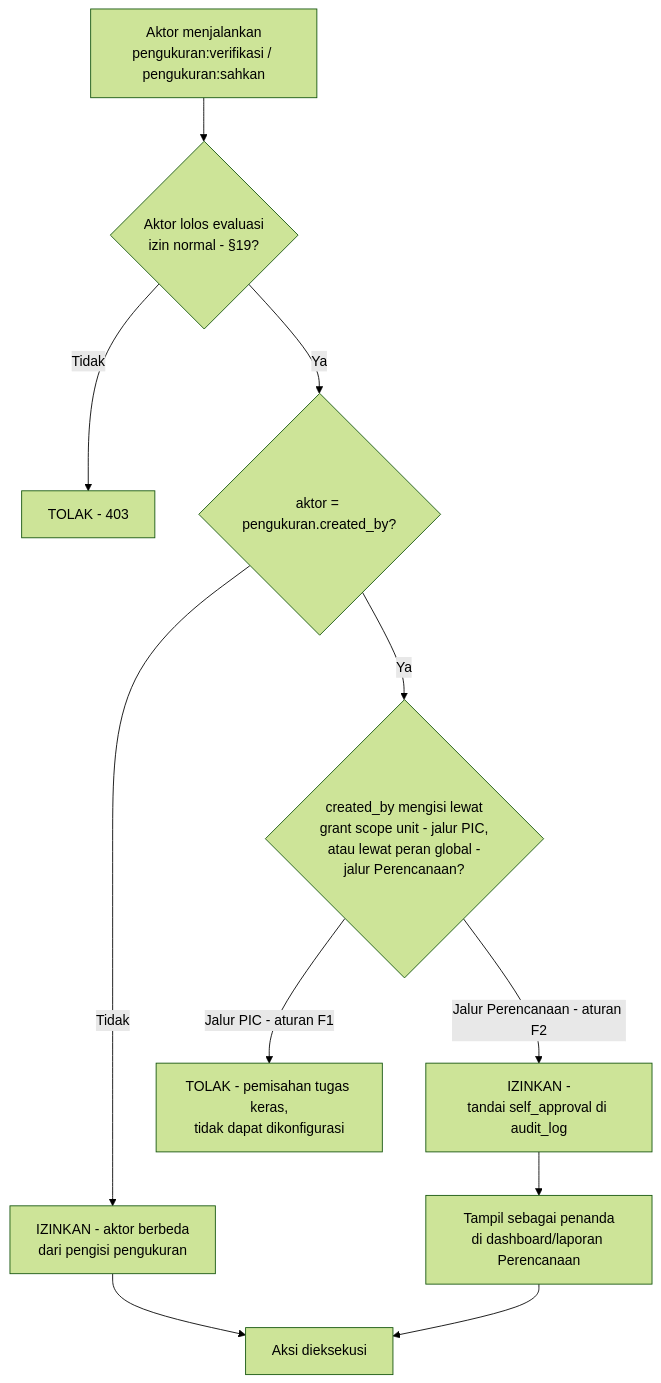
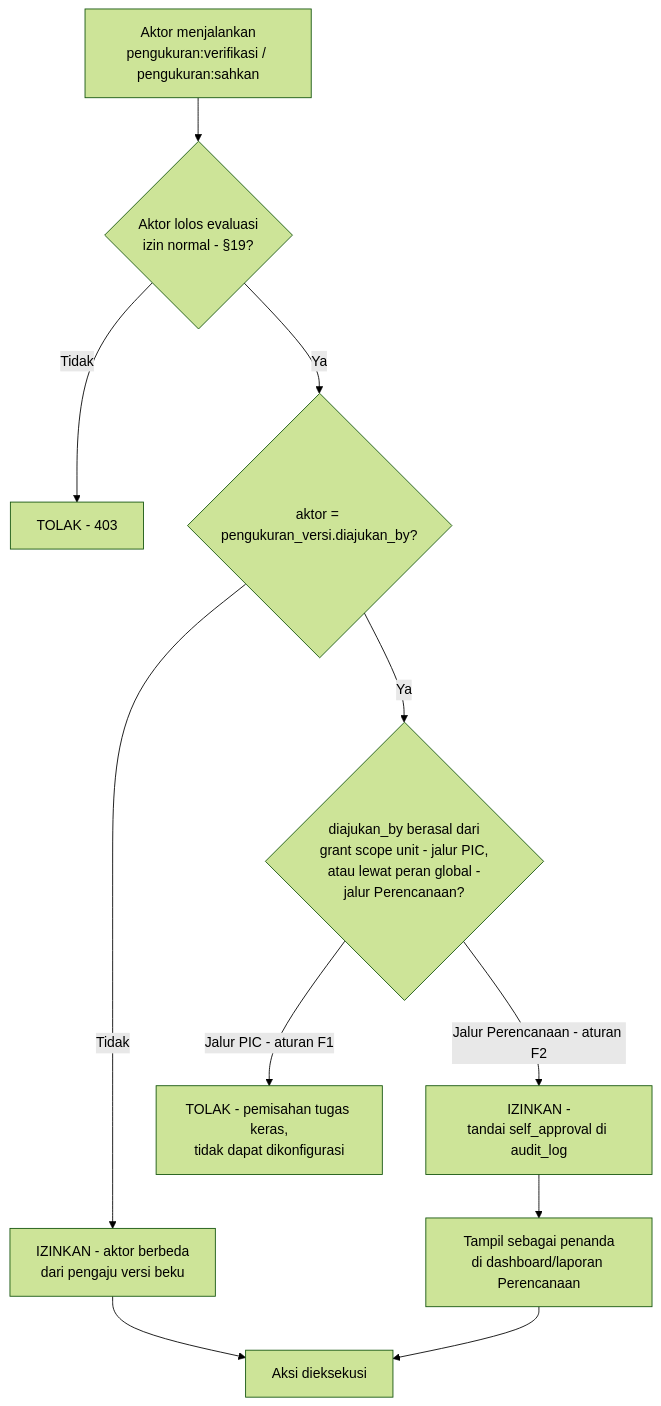
One commit to LLDIKTI-XVI-TEAM/SAKIP changed diagram 19 of 21 in document/SAKIP - Workflow.md. Above: the diagram before and after it, drawn with Mermaid (forest theme). The commit also changed other lines of this file and 6 other files, not shown here.

````diff
--- a/document/SAKIP - Workflow.md
+++ b/document/SAKIP - Workflow.md
@@ -2049,13 +2049,13 @@
 ```mermaid
 flowchart TD
     A[Aktor menjalankan\npengukuran:verifikasi / pengukuran:sahkan] --> B{Aktor lolos evaluasi\nizin normal - §19?}
     B -- Tidak --> C[TOLAK - 403]
-    B -- Ya --> D{aktor = pengukuran.created_by?}
-    D -- Tidak --> H[IZINKAN - aktor berbeda\ndari pengisi pengukuran]
-    D -- Ya --> E{created_by mengisi lewat\ngrant scope unit - jalur PIC,\natau lewat peran global -\njalur Perencanaan?}
+    B -- Ya --> D{aktor = pengukuran_versi.diajukan_by?}
+    D -- Tidak --> H[IZINKAN - aktor berbeda\ndari pengaju versi beku]
+    D -- Ya --> E{diajukan_by berasal dari\ngrant scope unit - jalur PIC,\natau lewat peran global -\njalur Perencanaan?}
     E -- Jalur PIC - aturan F1 --> F[TOLAK - pemisahan tugas keras,\ntidak dapat dikonfigurasi]
     E -- Jalur Perencanaan - aturan F2 --> G[IZINKAN -\ntandai self_approval di audit_log]
     H --> J[Aksi dieksekusi]
     G --> I[Tampil sebagai penanda\ndi dashboard/laporan Perencanaan]
     I --> J
 ```
````
